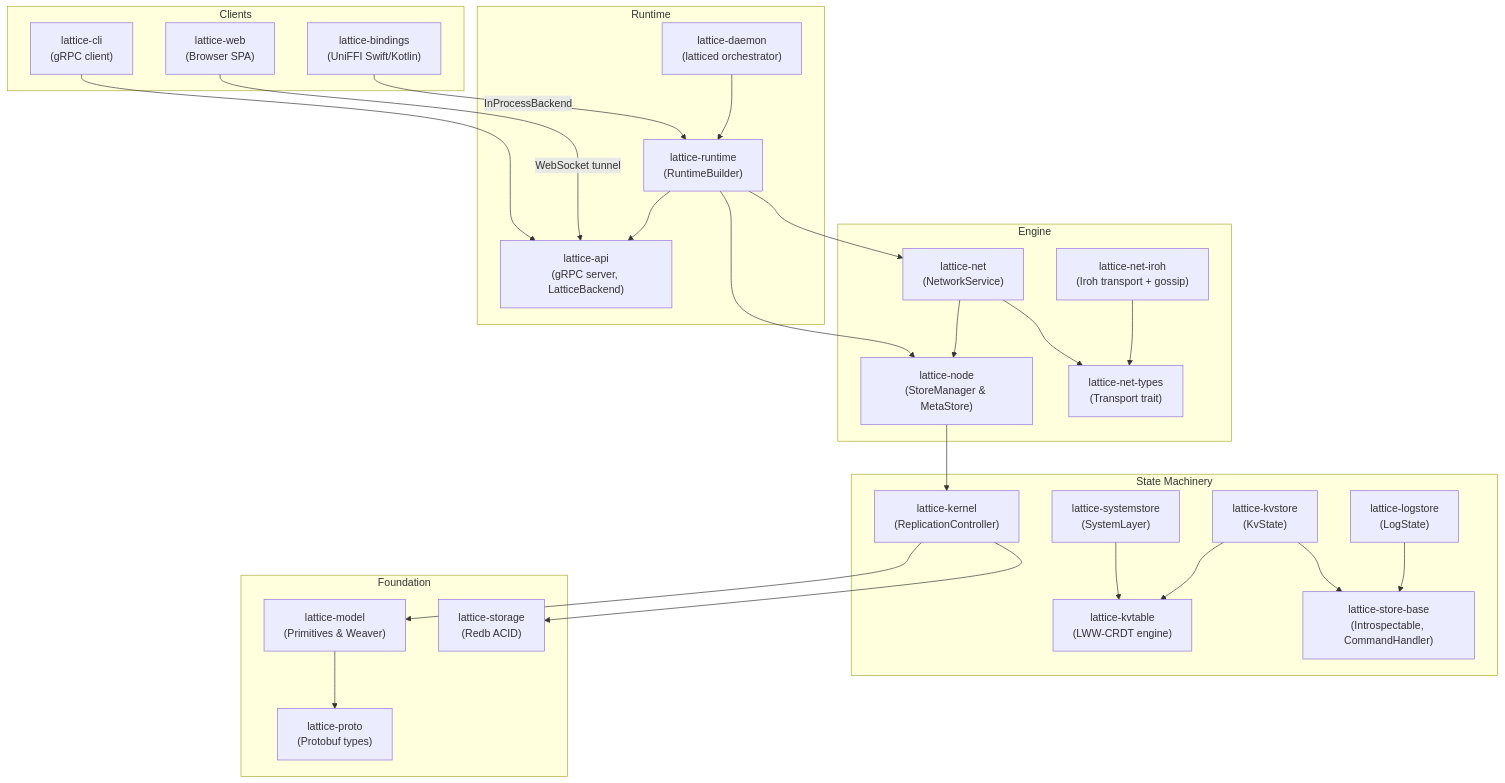
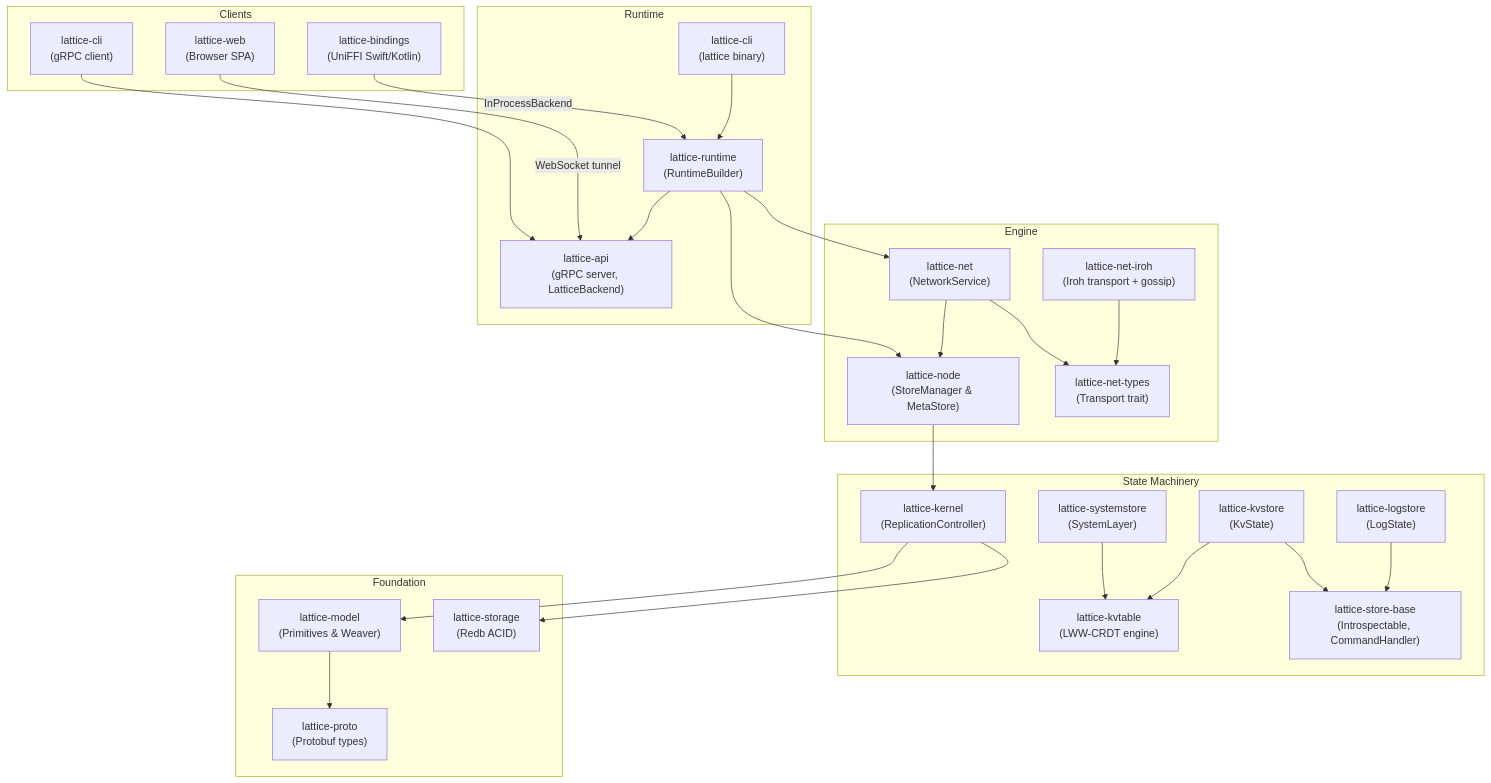
Before and after one commit to lost-tty/lattice: the diagram in docs/content/reference/architecture.md, drawn with Mermaid. The commit also changed other lines of this file and 14 other files, not shown here.

First line of the commit message:
unify lattice binary, clean startup logs, fix shutdown

````diff
--- a/docs/content/reference/architecture.md
+++ b/docs/content/reference/architecture.md
@@ -53,55 +53,55 @@
 ```mermaid
 graph TB
     subgraph "Clients"
         CLI["lattice-cli<br/>(gRPC client)"]
         WEB["lattice-web<br/>(Browser SPA)"]
         MOBILE["lattice-bindings<br/>(UniFFI Swift/Kotlin)"]
     end
     
     subgraph "Runtime"
-        DAEMON["lattice-daemon<br/>(latticed orchestrator)"]
+        DAEMON["lattice-cli<br/>(lattice binary)"]
         RT["lattice-runtime<br/>(RuntimeBuilder)"]
         RPC["lattice-api<br/>(gRPC server, LatticeBackend)"]
     end
     
     subgraph "Engine"
         NODE["lattice-node<br/>(StoreManager & MetaStore)"]
         NET["lattice-net<br/>(NetworkService)"]
         NETIROH["lattice-net-iroh<br/>(Iroh transport + gossip)"]
         NETTYPES["lattice-net-types<br/>(Transport trait)"]
     end
     
     subgraph "State Machinery"
         KERNEL["lattice-kernel<br/>(ReplicationController)"]
         SYS["lattice-systemstore<br/>(SystemLayer)"]
         KV["lattice-kvstore<br/>(KvState)"]
         LOG["lattice-logstore<br/>(LogState)"]
         KVTABLE["lattice-kvtable<br/>(LWW-CRDT engine)"]
         STOREBASE["lattice-store-base<br/>(Introspectable, CommandHandler)"]
     end
     
     subgraph "Foundation"
         MODEL["lattice-model<br/>(Primitives & Weaver)"]
         STORAGE["lattice-storage<br/>(Redb ACID)"]
         PROTO["lattice-proto<br/>(Protobuf types)"]
     end
     
     CLI --> RPC
     WEB -->|WebSocket tunnel| RPC
     MOBILE -->|InProcessBackend| RT
     DAEMON --> RT
     RT --> NODE
     RT --> NET
     RT --> RPC
     NODE --> KERNEL
     NET --> NODE
     NET --> NETTYPES
     NETIROH --> NETTYPES
     KERNEL --> MODEL
     KERNEL --> STORAGE
     SYS --> KVTABLE
     KV --> KVTABLE
     KV --> STOREBASE
     LOG --> STOREBASE
     MODEL --> PROTO
 ```
````
